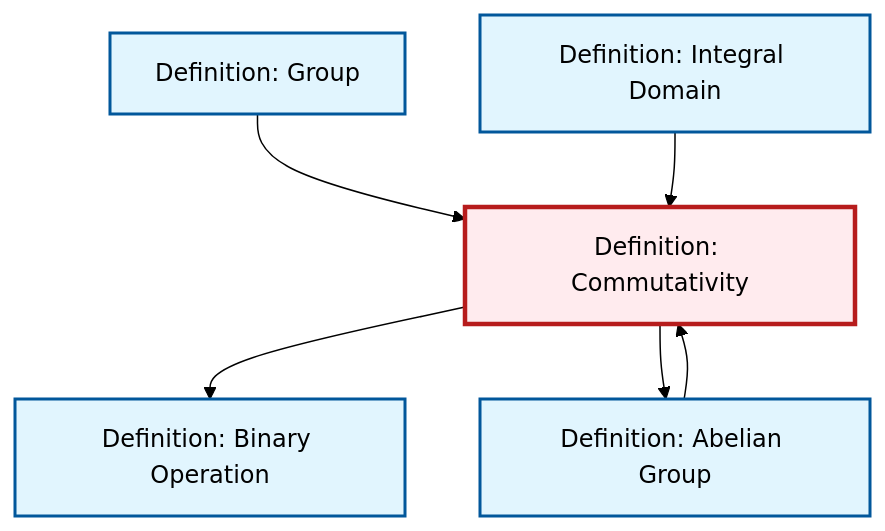
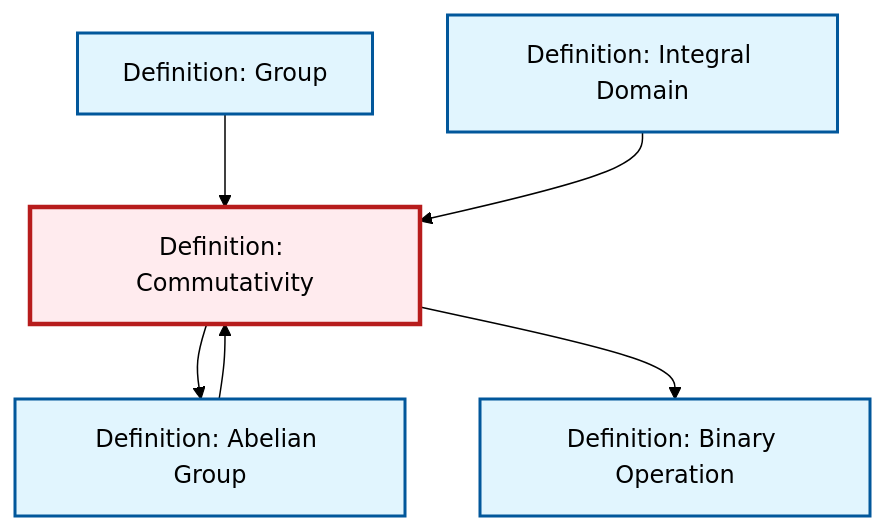
The diagram in content/en/algebra/def-commutativity.qmd (RK0429/ModernMath), drawn with Mermaid (forest theme) before and after one commit. The commit also changed other lines of this file and 1069 other files, not shown here.

````diff
--- a/content/en/algebra/def-commutativity.qmd
+++ b/content/en/algebra/def-commutativity.qmd
@@ -93,24 +93,24 @@
 ```{mermaid}
 %%| fig-cap: "Local dependency graph"
 graph TD
     classDef definition fill:#e1f5fe,stroke:#01579b,stroke-width:2px
     classDef theorem fill:#f3e5f5,stroke:#4a148c,stroke-width:2px
     classDef axiom fill:#fff3e0,stroke:#e65100,stroke-width:2px
     classDef example fill:#e8f5e9,stroke:#1b5e20,stroke-width:2px
     classDef current fill:#ffebee,stroke:#b71c1c,stroke-width:3px
-    def-group["Definition: Group"]:::definition
+    def-commutativity["Definition: Commutativity"]:::definition
     def-binary-operation["Definition: Binary Operation"]:::definition
     def-integral-domain["Definition: Integral Domain"]:::definition
-    def-commutativity["Definition: Commutativity"]:::definition
     def-abelian-group["Definition: Abelian Group"]:::definition
-    def-commutativity --> def-binary-operation
+    def-group["Definition: Group"]:::definition
+    def-abelian-group --> def-commutativity
     def-commutativity --> def-abelian-group
     def-group --> def-commutativity
-    def-abelian-group --> def-commutativity
+    def-commutativity --> def-binary-operation
     def-integral-domain --> def-commutativity
     class def-commutativity current
-    click def-group "def-group.html" "Go to Group definition"
     click def-binary-operation "def-binary-operation.html" "Go to Binary Operation definition"
     click def-integral-domain "def-integral-domain.html" "Go to Integral Domain definition"
     click def-abelian-group "def-abelian-group.html" "Go to Abelian Group definition"
+    click def-group "def-group.html" "Go to Group definition"
 ```
````
